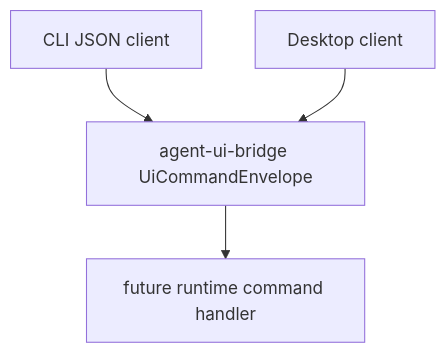
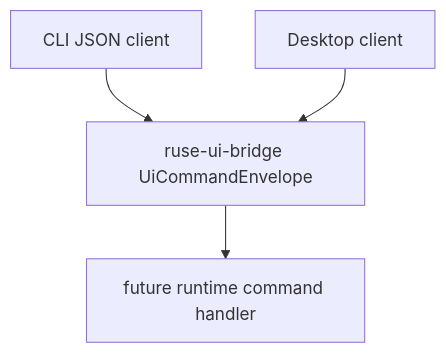
Before and after one commit to poneding/agent: the diagram in docs/specs/M06-02-ui-command-schema.spec.md, drawn with Mermaid. The commit also changed other lines of this file and 2091 other files, not shown here.

First line of the commit message:
refactor: rename agent branding to ruse

````diff
--- a/docs/specs/M06-02-ui-command-schema.spec.md
+++ b/docs/specs/M06-02-ui-command-schema.spec.md
@@ -31,6 +31,6 @@
 ```mermaid
 flowchart TD
-  cli["CLI JSON client"] --> command["agent-ui-bridge UiCommandEnvelope"]
+  cli["CLI JSON client"] --> command["ruse-ui-bridge UiCommandEnvelope"]
   desktop["Desktop client"] --> command
   command --> core["future runtime command handler"]
 ```
````
